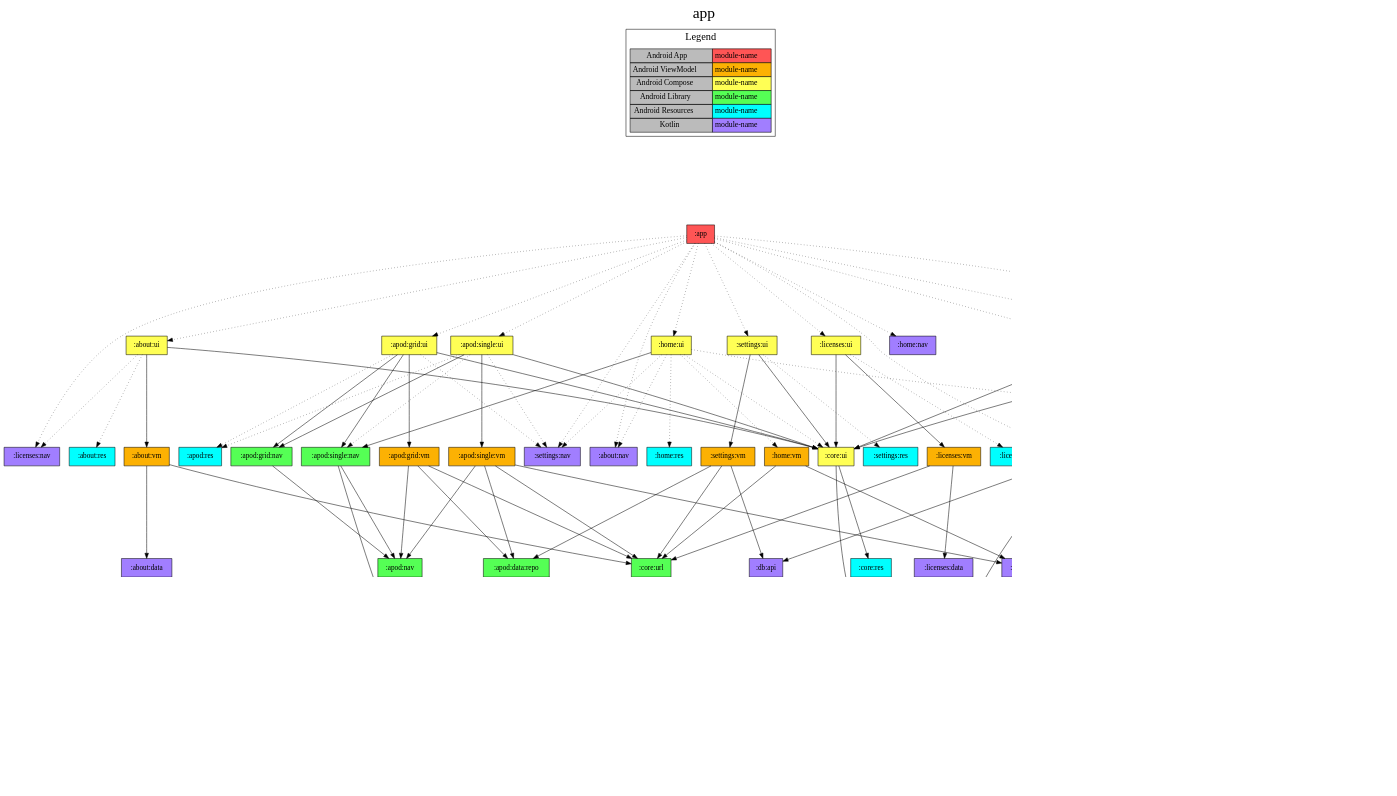
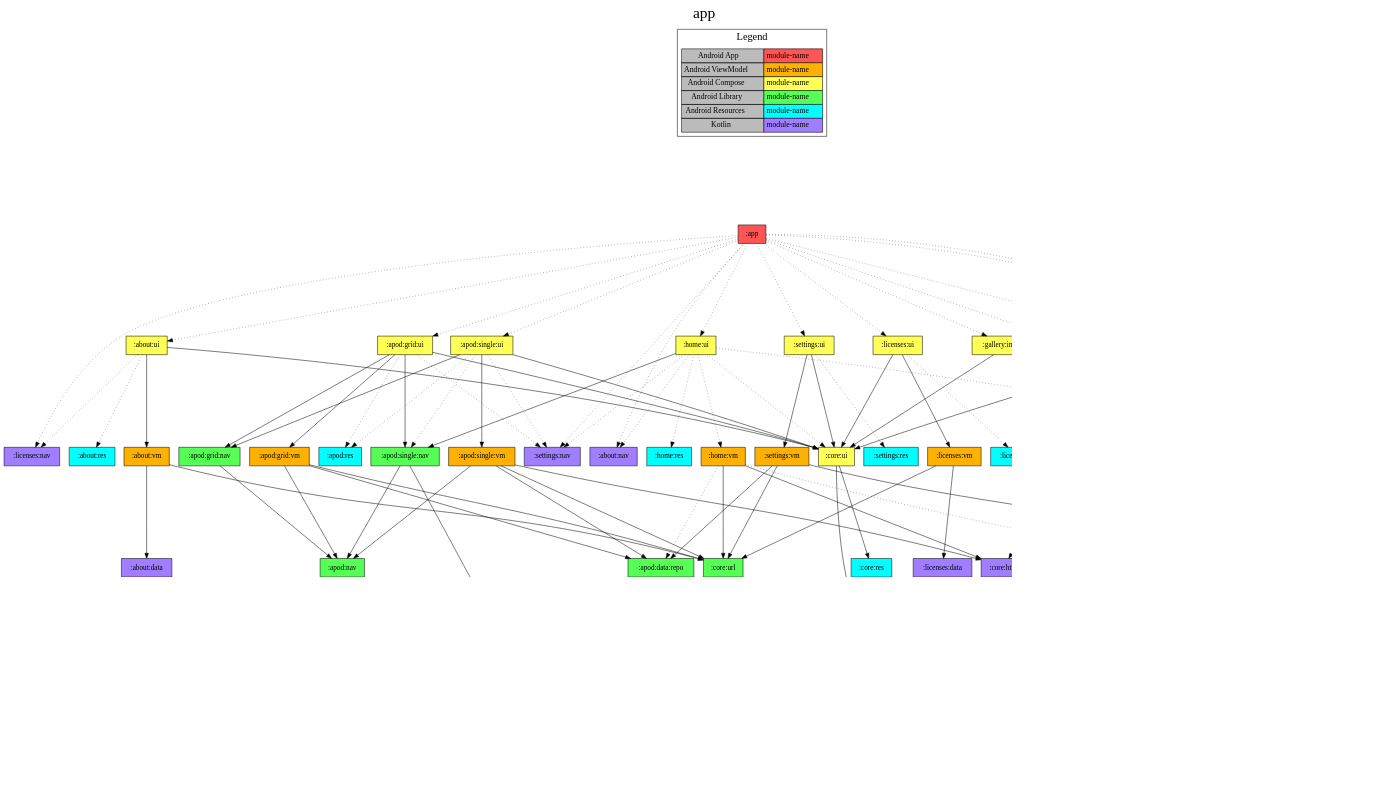
One commit to jonapoul/nasa-android changed the diagram in app/project-dependency-graph.dot. Above: the diagram before and after it, drawn with Graphviz. The commit also changed 12 other files, not shown here.

```diff
--- a/app/project-dependency-graph.dot
+++ b/app/project-dependency-graph.dot
@@ -1,161 +1,163 @@
 digraph {
 edge ["dir"="forward"]
 graph ["dpi"="100","label"="app","labelloc"="t","fontsize"="30","ranksep"="2.5","rankdir"="TB"]
 node ["style"="filled"]
 ":app" ["shape"="box","fillcolor"="#FF5555"]
 ":about:nav" ["fillcolor"="#A17EFF","shape"="box"]
 ":about:ui" ["fillcolor"="#FFFF55","shape"="box"]
 ":about:vm" ["fillcolor"="#FCB103","shape"="box"]
 ":about:data" ["fillcolor"="#A17EFF","shape"="box"]
 ":core:url" ["fillcolor"="#55FF55","shape"="box"]
 ":core:ui" ["fillcolor"="#FFFF55","shape"="box"]
 ":core:model" ["fillcolor"="#A17EFF","shape"="box"]
 ":core:res" ["fillcolor"="#00FFFF","shape"="box"]
 ":about:res" ["fillcolor"="#00FFFF","shape"="box"]
 ":licenses:nav" ["fillcolor"="#A17EFF","shape"="box"]
 ":apod:grid:ui" ["fillcolor"="#FFFF55","shape"="box"]
 ":apod:grid:nav" ["fillcolor"="#55FF55","shape"="box"]
 ":apod:nav" ["fillcolor"="#55FF55","shape"="box"]
 ":apod:grid:vm" ["fillcolor"="#FCB103","shape"="box"]
 ":apod:data:repo" ["fillcolor"="#55FF55","shape"="box"]
 ":apod:data:api" ["fillcolor"="#A17EFF","shape"="box"]
 ":apod:model" ["fillcolor"="#A17EFF","shape"="box"]
 ":db:apod" ["fillcolor"="#A17EFF","shape"="box"]
 ":apod:single:nav" ["fillcolor"="#55FF55","shape"="box"]
 ":apod:res" ["fillcolor"="#00FFFF","shape"="box"]
 ":settings:nav" ["fillcolor"="#A17EFF","shape"="box"]
 ":apod:single:ui" ["fillcolor"="#FFFF55","shape"="box"]
 ":apod:single:vm" ["fillcolor"="#FCB103","shape"="box"]
 ":core:http" ["fillcolor"="#A17EFF","shape"="box"]
 ":db:impl" ["fillcolor"="#55FF55","shape"="box"]
 ":db:api" ["fillcolor"="#A17EFF","shape"="box"]
 ":db:gallery" ["fillcolor"="#A17EFF","shape"="box"]
 ":gallery:model" ["fillcolor"="#A17EFF","shape"="box"]
 ":gallery:image:ui" ["fillcolor"="#FFFF55","shape"="box"]
 ":gallery:image:vm" ["fillcolor"="#FCB103","shape"="box"]
 ":gallery:data:repo" ["fillcolor"="#55FF55","shape"="box"]
 ":gallery:data:api" ["fillcolor"="#A17EFF","shape"="box"]
 ":gallery:res" ["fillcolor"="#00FFFF","shape"="box"]
 ":gallery:nav" ["fillcolor"="#A17EFF","shape"="box"]
 ":gallery:search:ui" ["fillcolor"="#FFFF55","shape"="box"]
 ":gallery:search:vm" ["fillcolor"="#FCB103","shape"="box"]
 ":home:nav" ["fillcolor"="#A17EFF","shape"="box"]
 ":home:ui" ["fillcolor"="#FFFF55","shape"="box"]
 ":home:res" ["fillcolor"="#00FFFF","shape"="box"]
 ":home:vm" ["fillcolor"="#FCB103","shape"="box"]
 ":licenses:ui" ["fillcolor"="#FFFF55","shape"="box"]
 ":licenses:vm" ["fillcolor"="#FCB103","shape"="box"]
 ":licenses:data" ["fillcolor"="#A17EFF","shape"="box"]
 ":licenses:res" ["fillcolor"="#00FFFF","shape"="box"]
 ":settings:ui" ["fillcolor"="#FFFF55","shape"="box"]
 ":settings:vm" ["fillcolor"="#FCB103","shape"="box"]
 ":settings:res" ["fillcolor"="#00FFFF","shape"="box"]
 {
 edge ["dir"="none"]
 graph ["rank"="same"]
 ":app"
 }
 ":app" -> ":about:nav" ["style"="dotted"]
 ":app" -> ":about:ui" ["style"="dotted"]
 ":app" -> ":apod:grid:ui" ["style"="dotted"]
 ":app" -> ":apod:single:ui" ["style"="dotted"]
 ":app" -> ":db:impl" ["style"="dotted"]
 ":app" -> ":gallery:image:ui" ["style"="dotted"]
 ":app" -> ":gallery:nav" ["style"="dotted"]
 ":app" -> ":gallery:search:ui" ["style"="dotted"]
 ":app" -> ":home:nav" ["style"="dotted"]
 ":app" -> ":home:ui" ["style"="dotted"]
 ":app" -> ":licenses:nav" ["style"="dotted"]
 ":app" -> ":licenses:ui" ["style"="dotted"]
 ":app" -> ":settings:nav" ["style"="dotted"]
 ":app" -> ":settings:ui" ["style"="dotted"]
 ":about:ui" -> ":about:vm"
 ":about:ui" -> ":core:ui"
 ":about:ui" -> ":about:res" ["style"="dotted"]
 ":about:ui" -> ":licenses:nav" ["style"="dotted"]
 ":about:vm" -> ":about:data"
 ":about:vm" -> ":core:url"
 ":core:ui" -> ":core:model"
 ":core:ui" -> ":core:res"
 ":apod:grid:ui" -> ":apod:grid:nav"
 ":apod:grid:ui" -> ":apod:grid:vm"
 ":apod:grid:ui" -> ":apod:single:nav"
 ":apod:grid:ui" -> ":core:ui"
 ":apod:grid:ui" -> ":apod:res" ["style"="dotted"]
 ":apod:grid:ui" -> ":settings:nav" ["style"="dotted"]
 ":apod:grid:nav" -> ":apod:nav"
 ":apod:grid:vm" -> ":apod:data:repo"
 ":apod:grid:vm" -> ":apod:nav"
 ":apod:grid:vm" -> ":core:url"
 ":apod:data:repo" -> ":apod:data:api"
 ":apod:data:repo" -> ":db:apod" ["style"="dotted"]
 ":apod:data:api" -> ":apod:model"
 ":apod:data:api" -> ":core:model"
 ":apod:single:nav" -> ":apod:model"
 ":apod:single:nav" -> ":apod:nav"
 ":apod:single:ui" -> ":apod:grid:nav"
 ":apod:single:ui" -> ":apod:single:vm"
 ":apod:single:ui" -> ":core:ui"
 ":apod:single:ui" -> ":apod:res" ["style"="dotted"]
 ":apod:single:ui" -> ":apod:single:nav" ["style"="dotted"]
 ":apod:single:ui" -> ":settings:nav" ["style"="dotted"]
 ":apod:single:vm" -> ":apod:data:repo"
 ":apod:single:vm" -> ":apod:nav"
 ":apod:single:vm" -> ":core:http"
 ":apod:single:vm" -> ":core:url"
 ":core:http" -> ":core:model"
 ":db:impl" -> ":db:api"
 ":db:impl" -> ":db:apod"
 ":db:impl" -> ":db:gallery"
 ":db:gallery" -> ":gallery:model"
 ":gallery:image:ui" -> ":core:ui"
 ":gallery:image:ui" -> ":gallery:image:vm"
 ":gallery:image:ui" -> ":core:http" ["style"="dotted"]
 ":gallery:image:ui" -> ":gallery:res" ["style"="dotted"]
 ":gallery:image:vm" -> ":core:model"
 ":gallery:image:vm" -> ":gallery:data:repo"
 ":gallery:image:vm" -> ":core:http" ["style"="dotted"]
 ":gallery:data:repo" -> ":db:gallery"
 ":gallery:data:repo" -> ":gallery:data:api"
 ":gallery:data:api" -> ":gallery:model"
 ":gallery:nav" -> ":gallery:model" ["style"="dotted"]
 ":gallery:search:ui" -> ":core:ui"
 ":gallery:search:ui" -> ":gallery:search:vm"
 ":gallery:search:ui" -> ":gallery:nav" ["style"="dotted"]
 ":gallery:search:ui" -> ":gallery:res" ["style"="dotted"]
 ":gallery:search:vm" -> ":gallery:data:repo"
 ":home:ui" -> ":apod:single:nav"
 ":home:ui" -> ":about:nav" ["style"="dotted"]
 ":home:ui" -> ":core:ui" ["style"="dotted"]
 ":home:ui" -> ":gallery:nav" ["style"="dotted"]
 ":home:ui" -> ":home:res" ["style"="dotted"]
 ":home:ui" -> ":home:vm" ["style"="dotted"]
 ":home:ui" -> ":settings:nav" ["style"="dotted"]
 ":home:vm" -> ":core:http"
 ":home:vm" -> ":core:url"
+":home:vm" -> ":apod:data:repo" ["style"="dotted"]
+":home:vm" -> ":gallery:data:repo" ["style"="dotted"]
 ":licenses:ui" -> ":core:ui"
 ":licenses:ui" -> ":licenses:vm"
 ":licenses:ui" -> ":licenses:res" ["style"="dotted"]
 ":licenses:vm" -> ":core:url"
 ":licenses:vm" -> ":licenses:data"
 ":settings:ui" -> ":core:ui"
 ":settings:ui" -> ":settings:vm"
 ":settings:ui" -> ":settings:res" ["style"="dotted"]
 ":settings:vm" -> ":apod:data:repo"
 ":settings:vm" -> ":core:url"
 ":settings:vm" -> ":db:api"
 subgraph "cluster_legend" {
 edge ["dir"="none"]
 graph ["label"="Legend","fontsize"="20"]
 "Legend" ["style"="filled","fillcolor"="#bbbbbb","shape"="none","margin"="0","fontsize"="15","label"=<
 <TABLE BORDER="0" CELLBORDER="1" CELLSPACING="0" CELLPADDING="4">
 <TR><TD>Android App</TD><TD BGCOLOR="#FF5555">module-name</TD></TR>
 <TR><TD>Android ViewModel</TD><TD BGCOLOR="#FCB103">module-name</TD></TR>
 <TR><TD>Android Compose</TD><TD BGCOLOR="#FFFF55">module-name</TD></TR>
 <TR><TD>Android Library</TD><TD BGCOLOR="#55FF55">module-name</TD></TR>
 <TR><TD>Android Resources</TD><TD BGCOLOR="#00FFFF">module-name</TD></TR>
 <TR><TD>Kotlin</TD><TD BGCOLOR="#A17EFF">module-name</TD></TR>
 </TABLE>
 >]
 } -> ":app" ["style"="invis"]
 }
```
